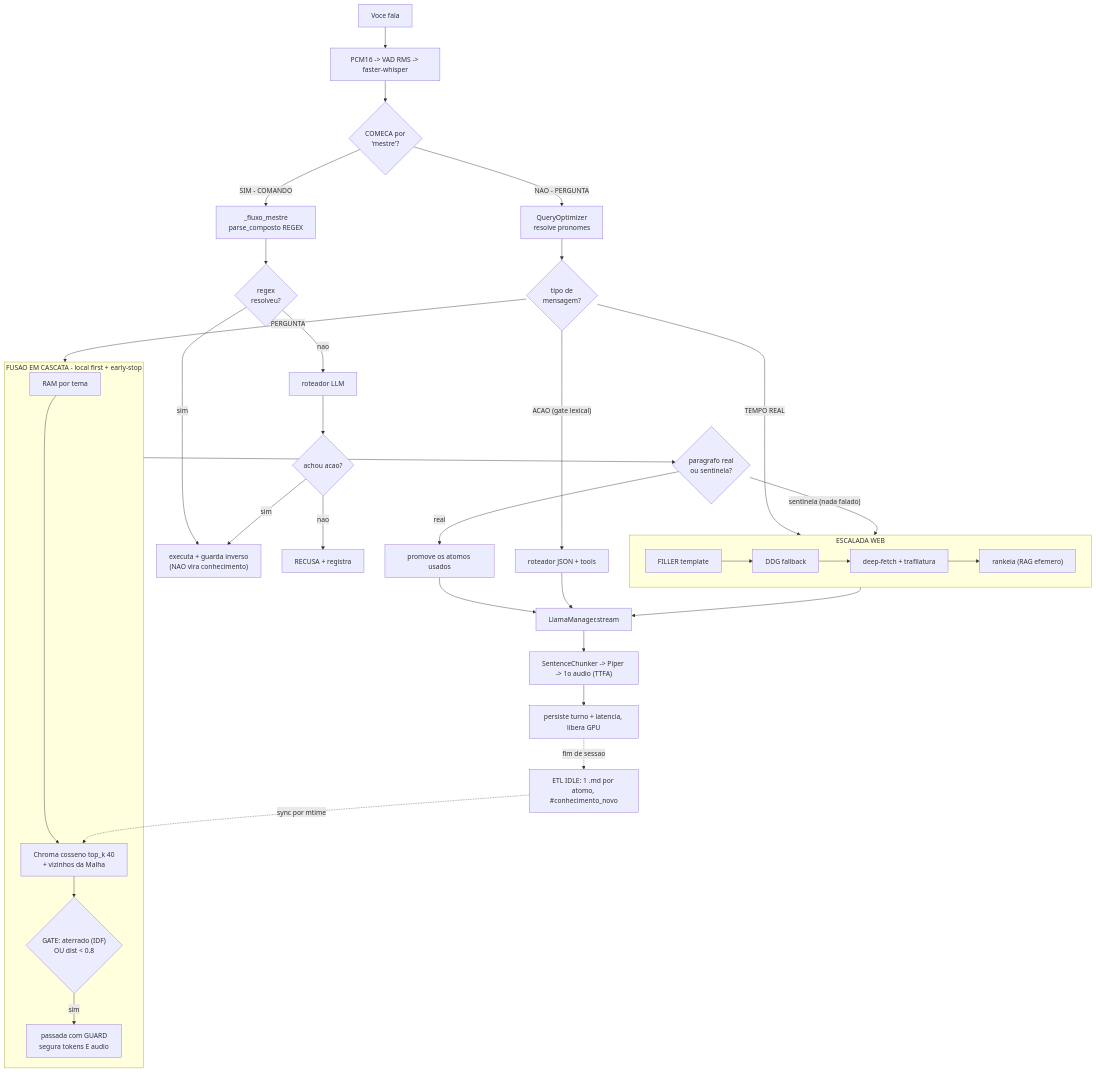
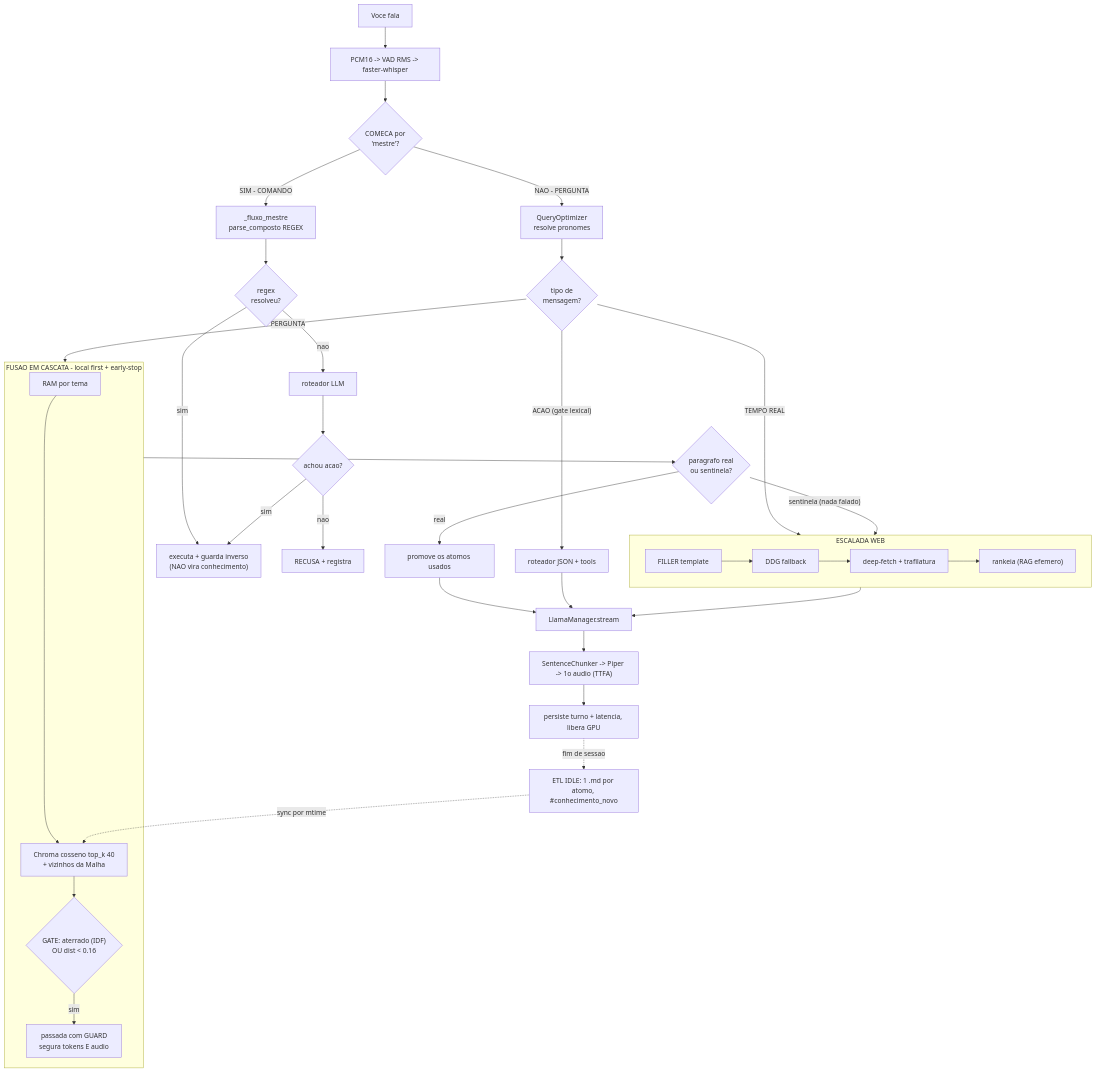
One commit to danielpvp22/mente_digital changed the fourth of 8 diagrams in README.md. Above: the diagram before and after it, drawn with Mermaid. The commit also changed other lines of this file and 16 other files, not shown here.

````diff
--- a/README.md
+++ b/README.md
@@ -427,41 +445,41 @@
 ```mermaid
 flowchart TD
     A["Voce fala"] --> B["PCM16 -> VAD RMS -> faster-whisper"]
     B --> BIF{"COMECA por<br/>'mestre'?"}
 
     BIF -->|"SIM - COMANDO"| MST["_fluxo_mestre<br/>parse_composto REGEX"]
     MST --> MOK{"regex<br/>resolveu?"}
     MOK -->|sim| MEX["executa + guarda inverso<br/>(NAO vira conhecimento)"]
     MOK -->|nao| MLLM["roteador LLM"]
     MLLM --> MREC{"achou acao?"}
     MREC -->|nao| REC["RECUSA + registra"]
     MREC -->|sim| MEX
 
     BIF -->|"NAO - PERGUNTA"| F["QueryOptimizer<br/>resolve pronomes"]
     F --> G{"tipo de<br/>mensagem?"}
     G -->|"ACAO (gate lexical)"| H["roteador JSON + tools"]
     G -->|"TEMPO REAL"| WEB
     G -->|"PERGUNTA"| CASC
 
     subgraph CASC["FUSAO EM CASCATA - local first + early-stop"]
         J["RAM por tema"] --> K["Chroma cosseno top_k 40<br/>+ vizinhos da Malha"]
-        K --> L{"GATE: aterrado (IDF)<br/>OU dist < 0.8"}
+        K --> L{"GATE: aterrado (IDF)<br/>OU dist < 0.16"}
         L -->|sim| M["passada com GUARD<br/>segura tokens E audio"]
     end
 
     CASC --> O{"paragrafo real<br/>ou sentinela?"}
     O -->|real| P["promove os atomos usados"]
     O -->|"sentinela (nada falado)"| WEB
 
     subgraph WEB["ESCALADA WEB"]
         Q["FILLER template"] --> R["DDG fallback"] --> S["deep-fetch + trafilatura"] --> T["rankeia (RAG efemero)"]
     end
 
     P --> W["LlamaManager.stream"]
     WEB --> W
     H --> W
     W --> X["SentenceChunker -> Piper -> 1o audio (TTFA)"]
     X --> AA["persiste turno + latencia, libera GPU"]
     AA -.->|"fim de sessao"| AC["ETL IDLE: 1 .md por atomo, #conhecimento_novo"]
     AC -.->|"sync por mtime"| K
 ```
````
